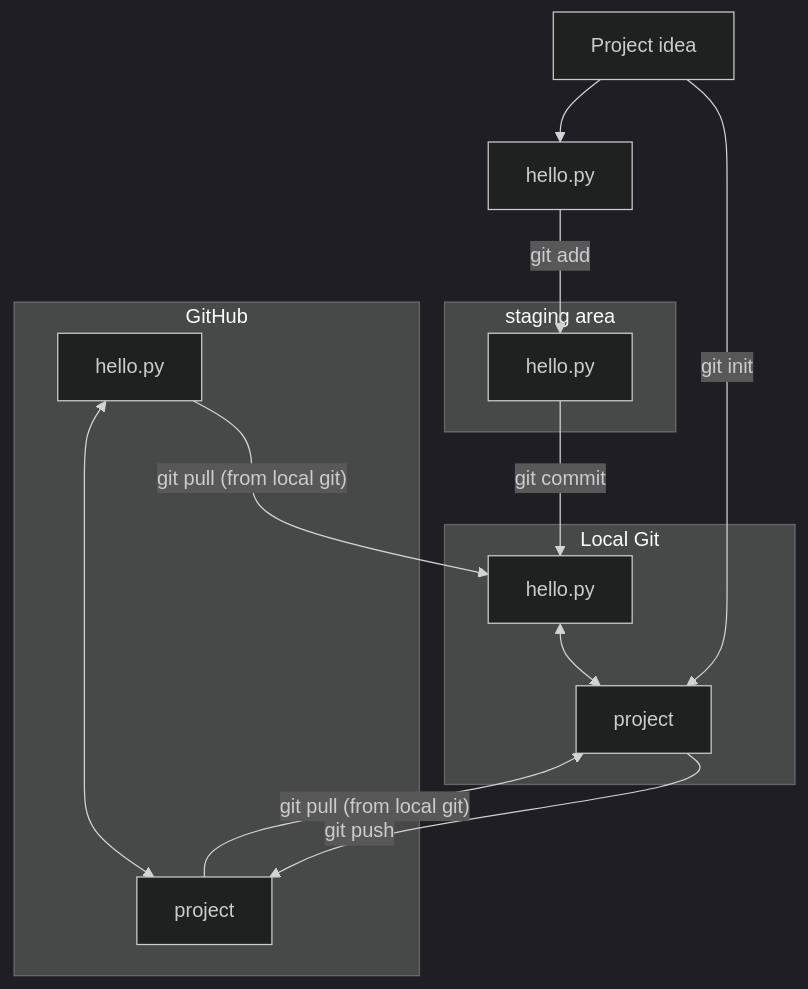
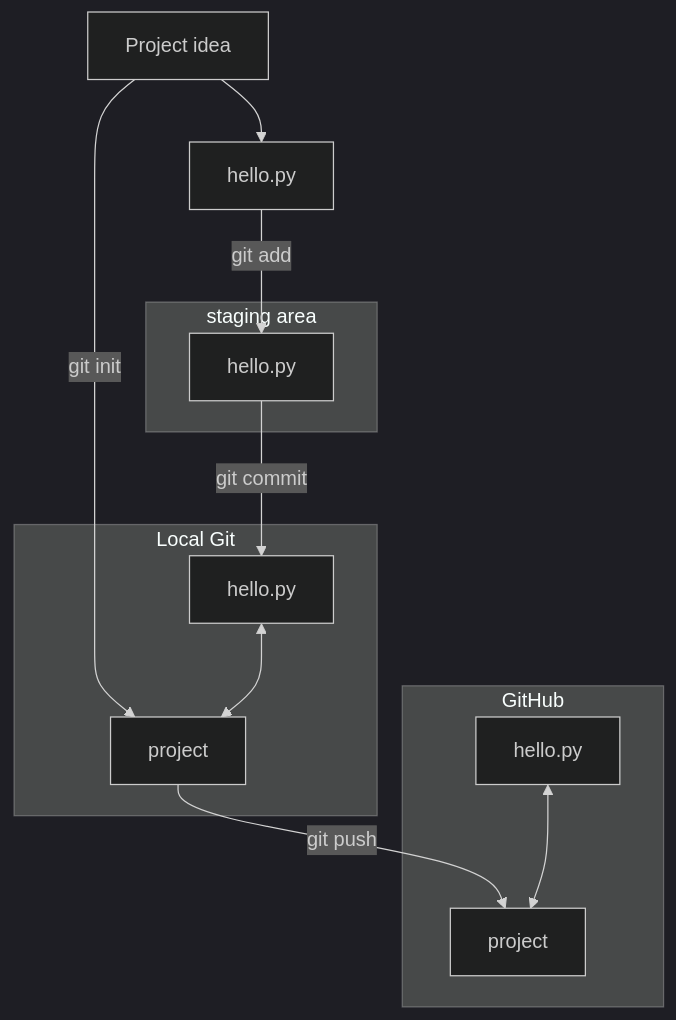
Before and after one commit to UPPMAX/programming_formalisms: the diagram in docs/deployment/deploy.md, drawn with Mermaid (dark theme).

Commit message:
deploy.md reduce mermaid

````diff
--- a/docs/deployment/deploy.md
+++ b/docs/deployment/deploy.md
@@ -470,29 +470,27 @@
 ```mermaid
 graph TB
 
 P["Project idea"] -->|git init| Node2
 P["Project idea"] --> hello.py -->|git add| Node4
 Node4 --> |git commit| Node1
 Node2 --> |git push| Node5
 
 %% C[Uncommited changed hello.py] -->|commit button| R
-Node5 --> |"git pull (from local git)"| Node2
-R --> |"git pull (from local git)"| Node1
 R <--> Node5
        subgraph "Local Git"
         Node2[project]
         Node1[hello.py]
         Node1 <--> Node2
 
         end
 
         subgraph "staging area"
         Node4[hello.py]
         end
 
         subgraph "GitHub"
         Node5[project]
         R[hello.py]
         end
 
 ```
````
